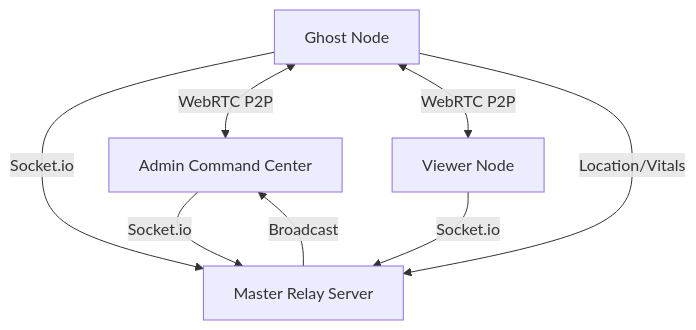
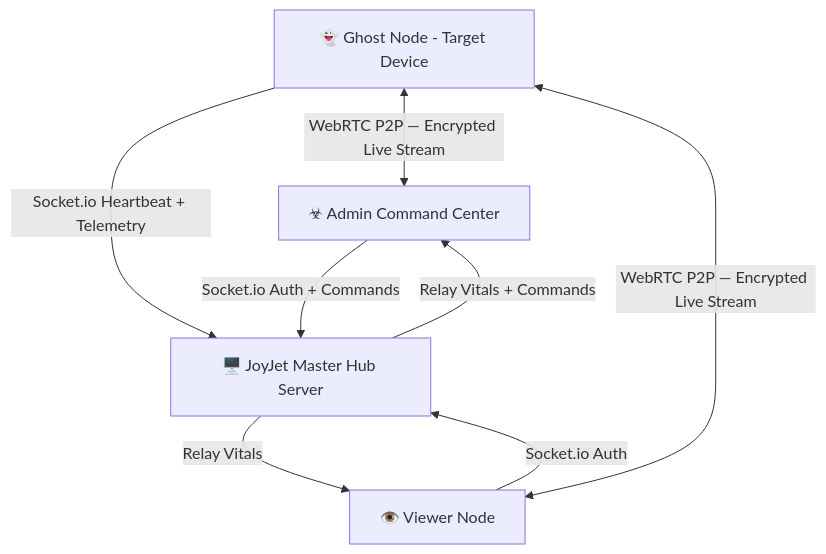
One commit to guru9/joyjet-hub changed the diagram in README.md. Above: the diagram before and after it, drawn with Mermaid. The commit also changed other lines of this file and 1 other file, not shown here.

````diff
--- a/README.md
+++ b/README.md
@@ -17,10 +31,10 @@
 ```mermaid
 graph TD
-    A[Admin Command Center] -->|Socket.io| S[Master Relay Server]
-    V[Viewer Node] -->|Socket.io| S
-    G[Ghost Node] -->|Socket.io| S
-    G <-->|WebRTC P2P| A
-    G <-->|WebRTC P2P| V
-    G -->|Location/Vitals| S
-    S -->|Broadcast| A
+    A[☣ Admin Command Center] -->|Socket.io Auth + Commands| S[🖥️ JoyJet Master Hub Server]
+    V[👁️ Viewer Node] -->|Socket.io Auth| S
+    G[👻 Ghost Node - Target Device] -->|Socket.io Heartbeat + Telemetry| S
+    G <-->|WebRTC P2P — Encrypted Live Stream| A
+    G <-->|WebRTC P2P — Encrypted Live Stream| V
+    S -->|Relay Vitals + Commands| A
+    S -->|Relay Vitals| V
 ```
````
